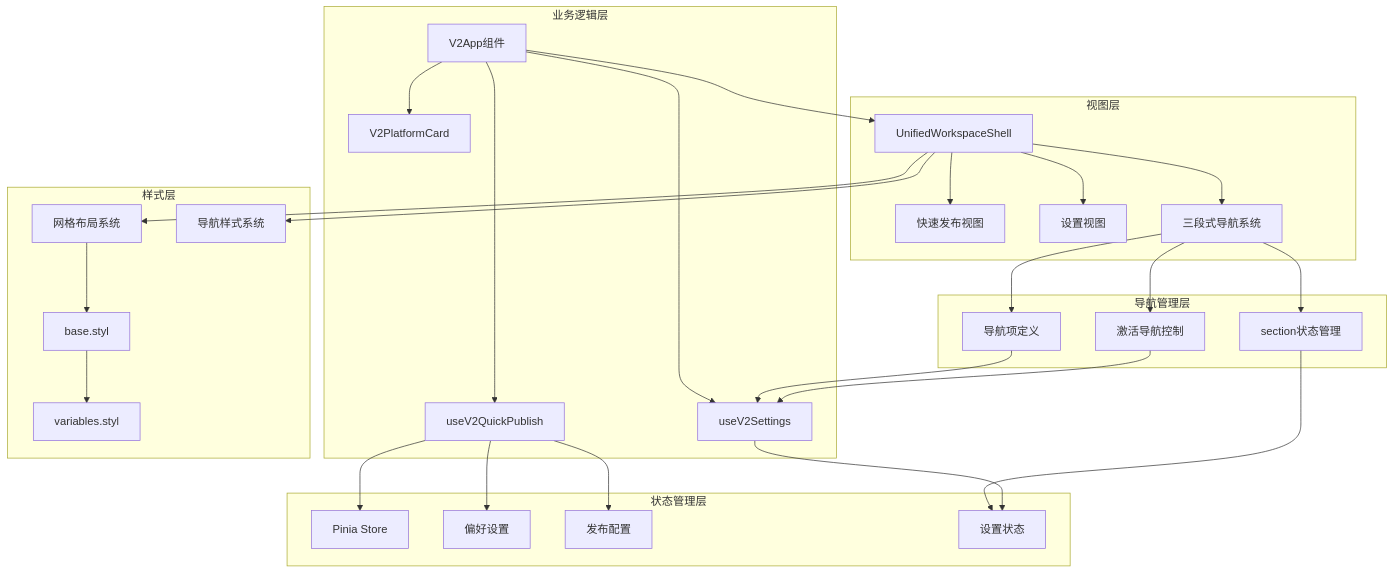
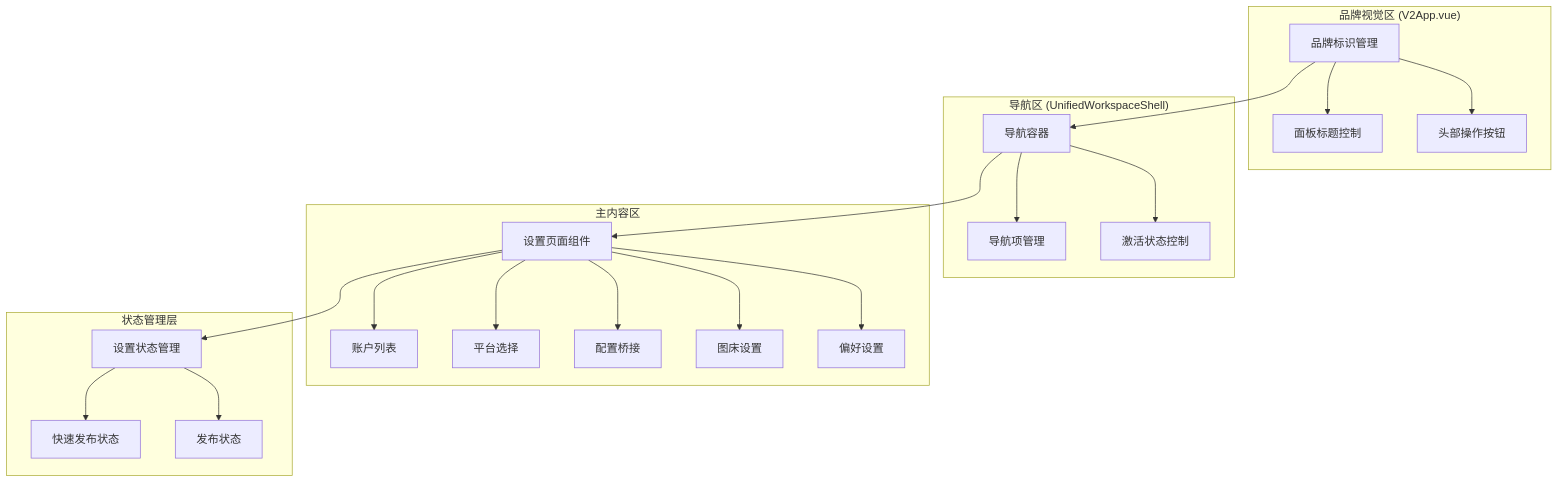
The second of 11 diagrams in .qoder/repowiki/zh/content/统一工作壳组件.md (terwer/siyuan-plugin-publisher), drawn with Mermaid before and after one commit. The commit also changed other lines of this file and 6 other files, not shown here.

First line of the commit message:
docs(architecture): clarify and split workspace shell component responsibilities

````diff
--- a/.qoder/repowiki/zh/content/统一工作壳组件.md
+++ b/.qoder/repowiki/zh/content/统一工作壳组件.md
@@ -154,53 +163,40 @@
 ```mermaid
 graph TD
-subgraph "视图层"
-Shell[UnifiedWorkspaceShell]
-QuickShell[快速发布视图]
-SettingsShell[设置视图]
-Nav[三段式导航系统]
+subgraph "品牌视觉区 (V2App.vue)"
+BrandVisual[品牌标识管理]
+PanelTitle[面板标题控制]
+HeaderActions[头部操作按钮]
+BrandVisual --> PanelTitle
+BrandVisual --> HeaderActions
 end
-subgraph "业务逻辑层"
-V2App[V2App组件]
-QuickPublish[useV2QuickPublish]
-Settings[useV2Settings]
-PlatformCard[V2PlatformCard]
+subgraph "导航区 (UnifiedWorkspaceShell)"
+NavContainer[导航容器]
+NavItems[导航项管理]
+ActiveNav[激活状态控制]
+NavContainer --> NavItems
+NavContainer --> ActiveNav
 end
-subgraph "导航管理层"
-SectionState[section状态管理]
-NavItems[导航项定义]
-ActiveNav[激活导航控制]
-end
-subgraph "样式层"
-BaseStyle[base.styl]
-Variables[variables.styl]
-GridLayout[网格布局系统]
-NavStyle[导航样式系统]
+subgraph "主内容区"
+SettingsPages[设置页面组件]
+AccountList[账户列表]
+PlatformSelect[平台选择]
+PlatformConfig[配置桥接]
+PicBedSettings[图床设置]
+PreferenceSettings[偏好设置]
+SettingsPages --> AccountList
+SettingsPages --> PlatformSelect
+SettingsPages --> PlatformConfig
+SettingsPages --> PicBedSettings
+SettingsPages --> PreferenceSettings
 end
 subgraph "状态管理层"
-Pinia[Pinia Store]
-Preference[偏好设置]
-PublishCfg[发布配置]
-SettingsState[设置状态]
+SettingsState[设置状态管理]
+QuickPublishState[快速发布状态]
+PublishState[发布状态]
+SettingsState --> QuickPublishState
+SettingsState --> PublishState
 end
-Shell --> QuickShell
-Shell --> SettingsShell
-Shell --> Nav
-V2App --> Shell
-V2App --> QuickPublish
-V2App --> Settings
-V2App --> PlatformCard
-Shell --> GridLayout
-Shell --> NavStyle
-Nav --> SectionState
-Nav --> NavItems
-Nav --> ActiveNav
-SectionState --> SettingsState
-NavItems --> Settings
-ActiveNav --> Settings
-GridLayout --> BaseStyle
-BaseStyle --> Variables
-QuickPublish --> Pinia
-QuickPublish --> Preference
-QuickPublish --> PublishCfg
-Settings --> SettingsState
+BrandVisual --> NavContainer
+NavContainer --> SettingsPages
+SettingsPages --> SettingsState
 ```
````
